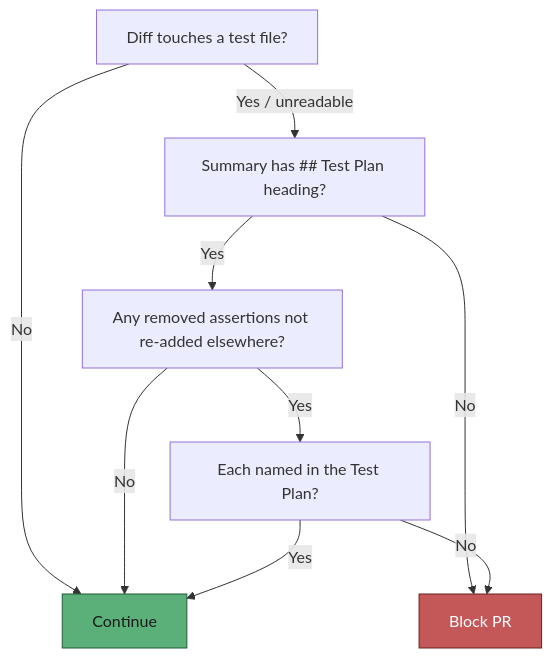
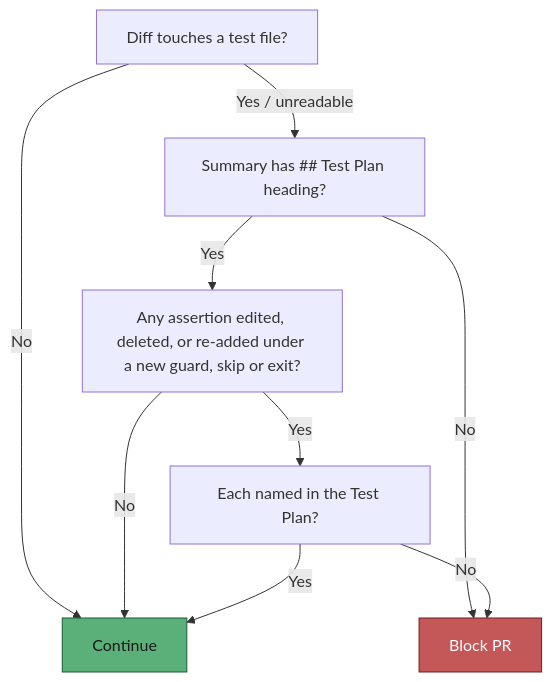
Diagram 16 of 22 in docs/workflows/issue-processing.md (stSoftwareAU/VibeCoder), drawn with Mermaid before and after one commit. The commit also changed other lines of this file and 6 other files, not shown here.

````diff
--- a/docs/workflows/issue-processing.md
+++ b/docs/workflows/issue-processing.md
@@ -1406,13 +1444,13 @@
 ```mermaid
 flowchart TD
   A["Diff touches a test file?"] -->|No| Z["Continue"]
   A -->|Yes / unreadable| B["Summary has ## Test Plan heading?"]
   B -->|No| X["Block PR"]
-  B -->|Yes| C["Any removed assertions not re-added elsewhere?"]
+  B -->|Yes| C["Any assertion edited, deleted, or re-added under a new guard, skip or exit?"]
   C -->|No| Z
   C -->|Yes| D["Each named in the Test Plan?"]
   D -->|Yes| Z
   D -->|No| X
   style Z fill:#5ab078,stroke:#1d5a35,color:#1a1a1a
   style X fill:#c45858,stroke:#6b2020,color:#fff
 ```
````
